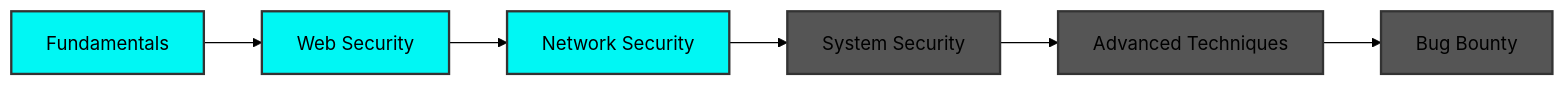
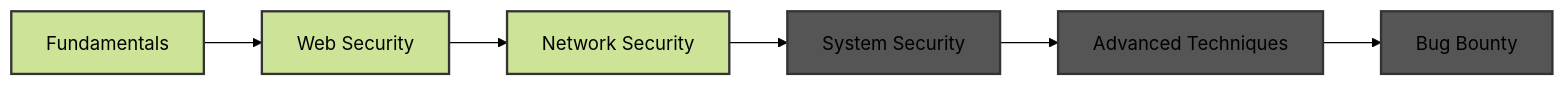
Before and after one commit to subhajit-sudo/subhajit-sudo: the diagram in README.md, drawn with Mermaid (forest theme). The commit also changed other lines of this file, not shown here.

````diff
--- a/README.md
+++ b/README.md
@@ -134,14 +134,14 @@
 ```mermaid
 graph LR
     A[Fundamentals] --> B[Web Security]
     B --> C[Network Security]
     C --> D[System Security]
     D --> E[Advanced Techniques]
     E --> F[Bug Bounty]
-    style A fill:#00F7F4,stroke:#333,stroke-width:2px
-    style B fill:#00F7F4,stroke:#333,stroke-width:2px
-    style C fill:#00F7F4,stroke:#333,stroke-width:2px
+    style A fill:,stroke:#333,stroke-width:2px
+    style B fill:,stroke:#333,stroke-width:2px
+    style C fill:,stroke:#333,stroke-width:2px
     style D fill:#555,stroke:#333,stroke-width:2px
     style E fill:#555,stroke:#333,stroke-width:2px
     style F fill:#555,stroke:#333,stroke-width:2px
 ```
````
